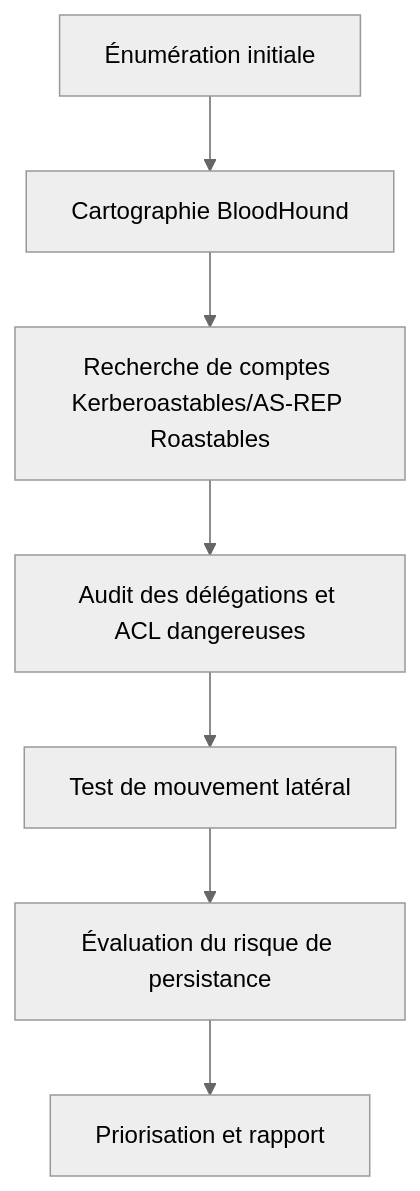
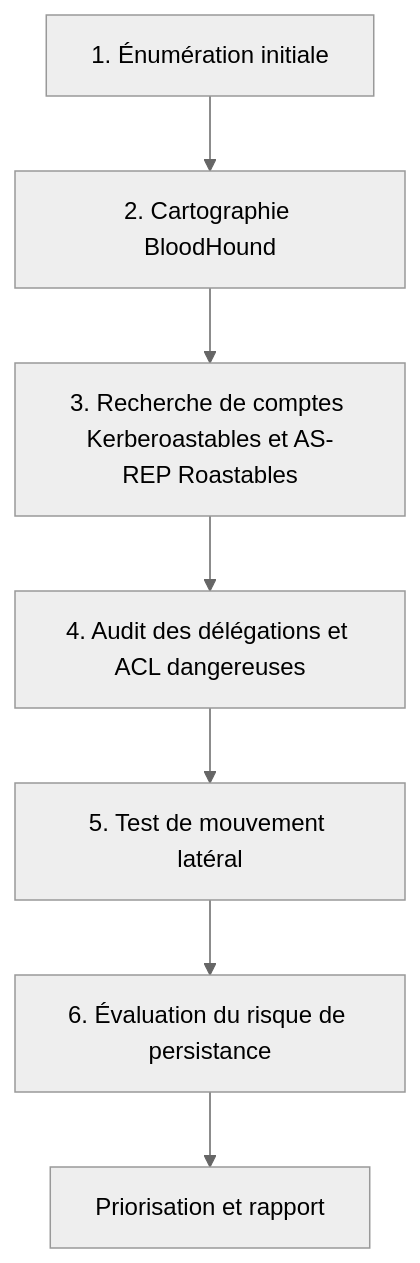
Before and after one commit to AureDulvresse/nyx: the first of 2 diagrams in content/courses/active-directory/08-methodologie-audit-durcissement.md, drawn with Mermaid (neutral theme). The commit also changed other lines of this file and 167 other files, not shown here.

````diff
--- a/content/courses/active-directory/08-methodologie-audit-durcissement.md
+++ b/content/courses/active-directory/08-methodologie-audit-durcissement.md
@@ -21,9 +26,9 @@
 ```mermaid
-graph TD
-    A[Énumération initiale] --> B[Cartographie BloodHound]
-    B --> C[Recherche de comptes Kerberoastables/AS-REP Roastables]
-    C --> D[Audit des délégations et ACL dangereuses]
-    D --> E[Test de mouvement latéral]
-    E --> F[Évaluation du risque de persistance]
-    F --> G[Priorisation et rapport]
+flowchart TD
+    A["1. Énumération initiale"] --> B["2. Cartographie BloodHound"]
+    B --> C["3. Recherche de comptes Kerberoastables et AS-REP Roastables"]
+    C --> D["4. Audit des délégations et ACL dangereuses"]
+    D --> E["5. Test de mouvement latéral"]
+    E --> F["6. Évaluation du risque de persistance"]
+    F --> G["Priorisation et rapport"]
 ```
````
